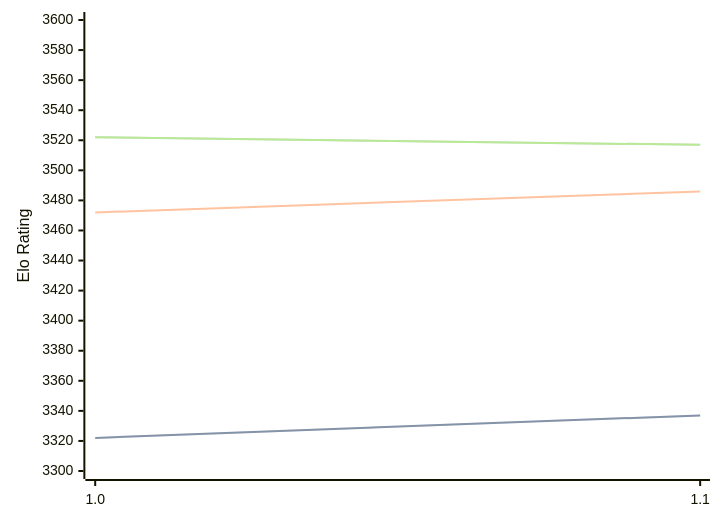
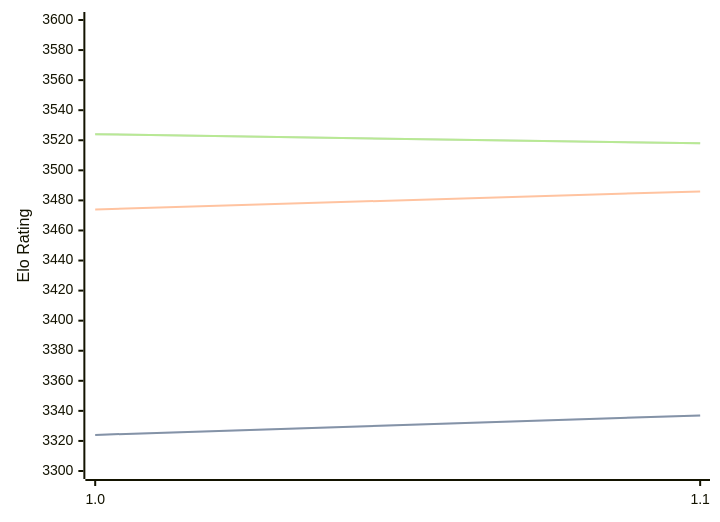
The first of 3 diagrams in engines/Horsie.md (computer-chess-index/cci), drawn with Mermaid before and after one commit. The commit also changed other lines of this file, not shown here.

Commit message:
Update CCI Ratings (ELO VLTC) - 2026-07-02

````diff
--- a/engines/Horsie.md
+++ b/engines/Horsie.md
@@ -32,11 +32,11 @@
 ```mermaid
 %%{init: {"theme":"base","themeVariables":{"seriesColors:['#a3a3a3','#222221','#faa371']}}}%%
 xychart-beta
   x-axis ["1.0", "1.1"]
   y-axis "Elo Rating" 3300 --> 3600
-  line "STC (8.0+0.08s)" [3322, 3337]
-  line "STC (8.0+0.08s)" [3322, 3337]
-  line "LTC (60.0+0.60s)" [3472, 3486]
-  line "VLTC (2m24s+1.12s)" [3522, 3517]
-  line "VLTC (2m24s+1.12s)" [3522, 3517]
+  line "STC (8.0+0.08s)" [3324, 3337]
+  line "STC (8.0+0.08s)" [3324, 3337]
+  line "LTC (60.0+0.60s)" [3474, 3486]
+  line "VLTC (2m24s+1.12s)" [3524, 3518]
+  line "VLTC (2m24s+1.12s)" [3524, 3518]
 ```
````
